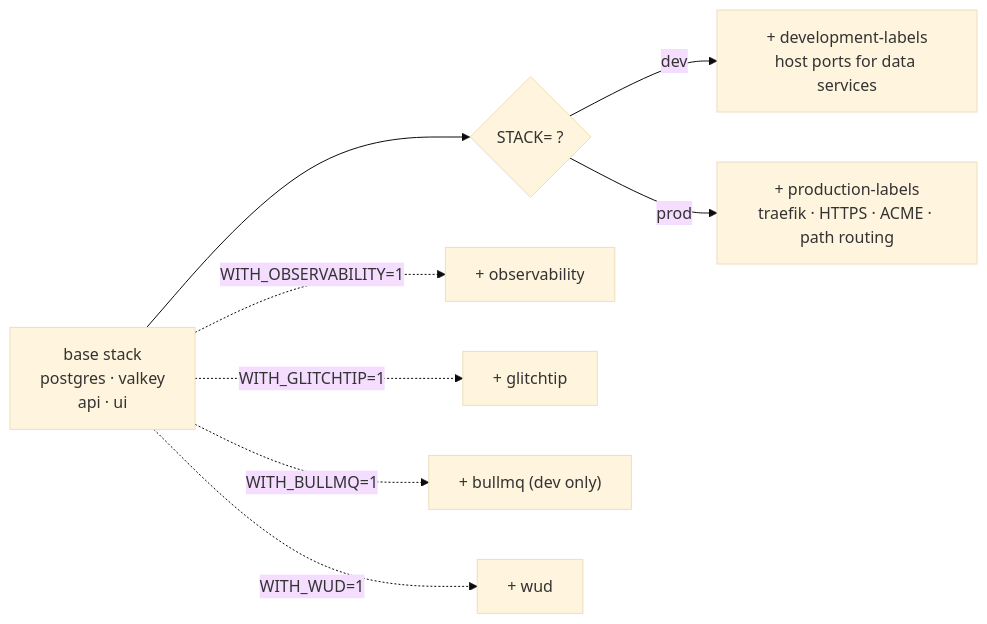
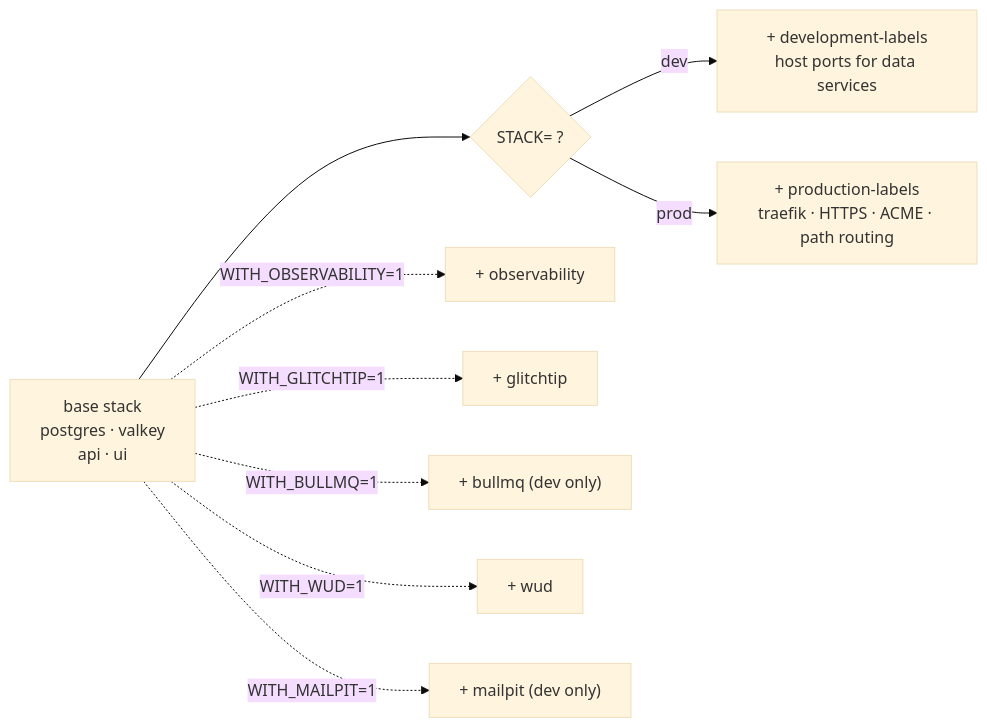
Before and after one commit to AI-Starter-Templates/.github: the diagram in src/content/docs/infra/profiles-and-overlays.mdx, drawn with Mermaid (base theme). The commit also changed other lines of this file and 34 other files, not shown here.

````diff
--- a/src/content/docs/infra/profiles-and-overlays.mdx
+++ b/src/content/docs/infra/profiles-and-overlays.mdx
@@ -12,18 +12,20 @@
 ```mermaid
 flowchart LR
   base["base stack<br/>postgres · valkey<br/>api · ui"]
   stack{"STACK= ?"}
   dev["+ development-labels<br/>host ports for data services"]
   prod["+ production-labels<br/>traefik · HTTPS · ACME · path routing"]
   obs["+ observability"]
   glitch["+ glitchtip"]
   bullmq["+ bullmq (dev only)"]
   wud["+ wud"]
+  mailpit["+ mailpit (dev only)"]
   base --> stack
   stack -->|dev| dev
   stack -->|prod| prod
   base -.->|WITH_OBSERVABILITY=1| obs
   base -.->|WITH_GLITCHTIP=1| glitch
   base -.->|WITH_BULLMQ=1| bullmq
   base -.->|WITH_WUD=1| wud
+  base -.->|WITH_MAILPIT=1| mailpit
 ```
````
